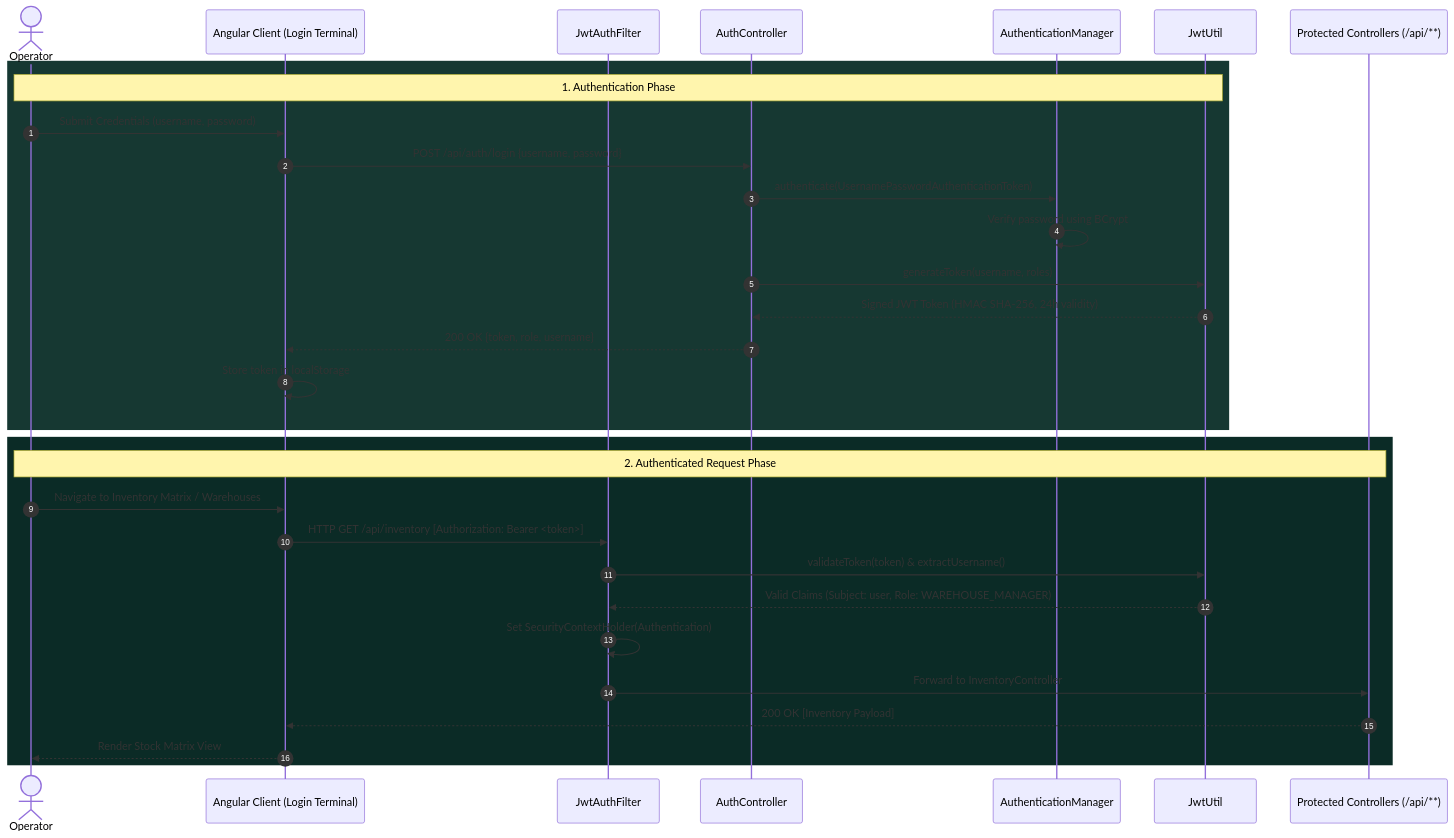
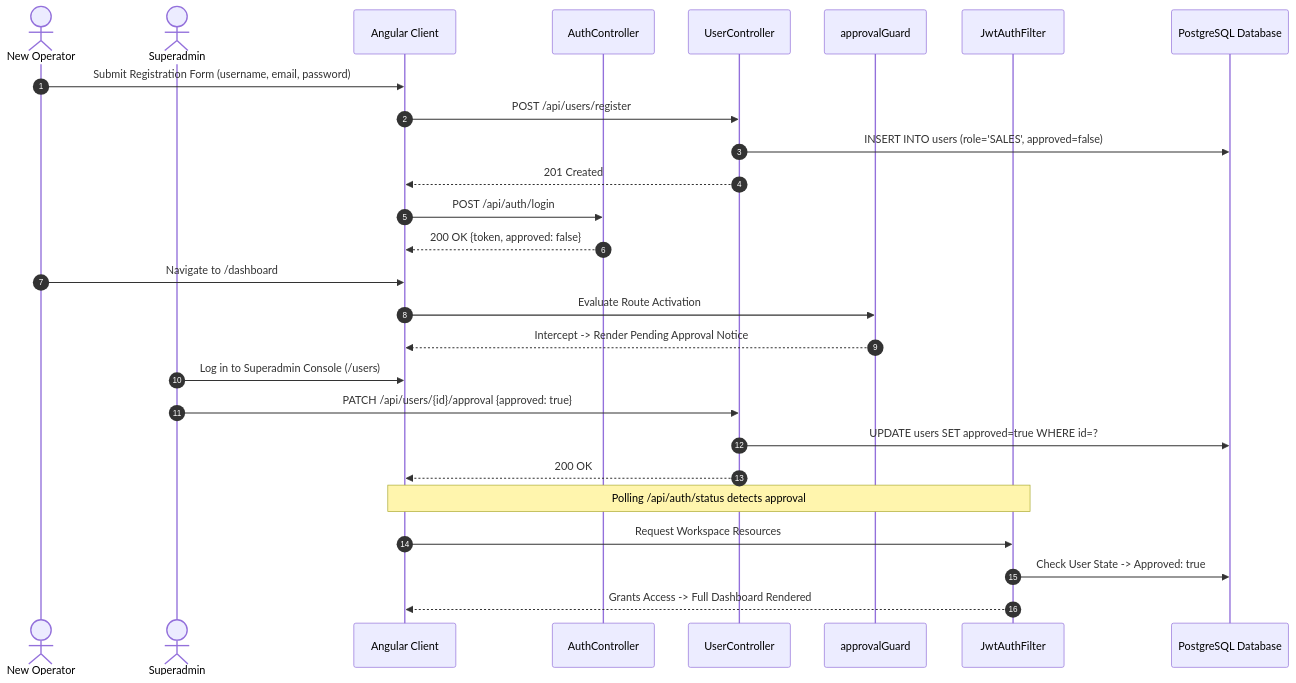
The seventh of 7 diagrams in README.md (itsam-13/RIMS), drawn with Mermaid before and after one commit. The commit also changed other lines of this file, not shown here.

Commit message:
docs: update README with new visual design, architecture, and features

````diff
--- a/README.md
+++ b/README.md
@@ -533,35 +564,33 @@
 ```mermaid
 sequenceDiagram
     autonumber
-    actor User as Operator
-    participant Client as Angular Client (Login Terminal)
-    participant AuthFilter as JwtAuthFilter
+    actor User as New Operator
+    actor Admin as Superadmin
+    participant Client as Angular Client
     participant AuthCtrl as AuthController
-    participant AuthMgr as AuthenticationManager
-    participant JwtUtil as JwtUtil
-    participant ProtectedCtrl as Protected Controllers (/api/**)
+    participant UserCtrl as UserController
+    participant Guard as approvalGuard
+    participant Filter as JwtAuthFilter
+    participant DB as PostgreSQL Database
 
-    rect rgb(22, 56, 50)
-    Note over User,JwtUtil: 1. Authentication Phase
-    User->>Client: Submit Credentials (username, password)
-    Client->>AuthCtrl: POST /api/auth/login {username, password}
-    AuthCtrl->>AuthMgr: authenticate(UsernamePasswordAuthenticationToken)
-    AuthMgr->>AuthMgr: Verify password using BCrypt
-    AuthCtrl->>JwtUtil: generateToken(username, roles)
-    JwtUtil-->>AuthCtrl: Signed JWT Token (HMAC SHA-256, 24h validity)
-    AuthCtrl-->>Client: 200 OK {token, role, username}
-    Client->>Client: Store token in localStorage
-    end
-
-    rect rgb(11, 43, 38)
-    Note over User,ProtectedCtrl: 2. Authenticated Request Phase
-    User->>Client: Navigate to Inventory Matrix / Warehouses
-    Client->>AuthFilter: HTTP GET /api/inventory [Authorization: Bearer <token>]
-    AuthFilter->>JwtUtil: validateToken(token) & extractUsername()
-    JwtUtil-->>AuthFilter: Valid Claims (Subject: user, Role: WAREHOUSE_MANAGER)
-    AuthFilter->>AuthFilter: Set SecurityContextHolder(Authentication)
-    AuthFilter->>ProtectedCtrl: Forward to InventoryController
-    ProtectedCtrl-->>Client: 200 OK [Inventory Payload]
-    Client-->>User: Render Stock Matrix View
-    end
+    User->>Client: Submit Registration Form (username, email, password)
+    Client->>UserCtrl: POST /api/users/register
+    UserCtrl->>DB: INSERT INTO users (role='SALES', approved=false)
+    UserCtrl-->>Client: 201 Created
+    Client->>AuthCtrl: POST /api/auth/login
+    AuthCtrl-->>Client: 200 OK {token, approved: false}
+    
+    User->>Client: Navigate to /dashboard
+    Client->>Guard: Evaluate Route Activation
+    Guard-->>Client: Intercept -> Render Pending Approval Notice
+    
+    Admin->>Client: Log in to Superadmin Console (/users)
+    Admin->>UserCtrl: PATCH /api/users/{id}/approval {approved: true}
+    UserCtrl->>DB: UPDATE users SET approved=true WHERE id=?
+    UserCtrl-->>Client: 200 OK
+    
+    Note over Client,Filter: Polling /api/auth/status detects approval
+    Client->>Filter: Request Workspace Resources
+    Filter->>DB: Check User State -> Approved: true
+    Filter-->>Client: Grants Access -> Full Dashboard Rendered
 ```
````
